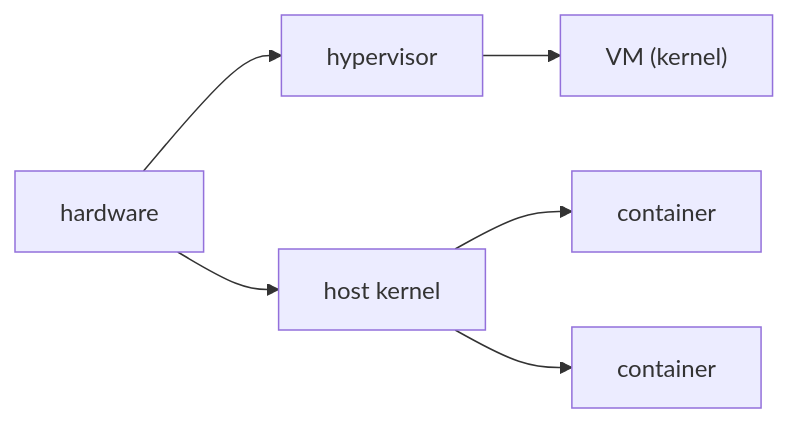
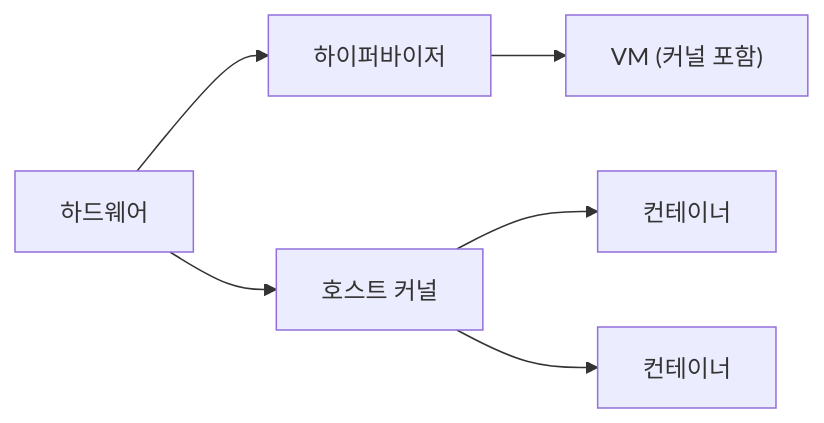
Before and after one commit to yeongseon-books/book-content: the diagram in content/containers-101/ko/09-container-vs-vm.md, drawn with Mermaid. The commit also changed other lines of this file and 4 other files, not shown here.

````diff
--- a/content/containers-101/ko/09-container-vs-vm.md
+++ b/content/containers-101/ko/09-container-vs-vm.md
@@ -33,8 +47,8 @@
 ```mermaid
 flowchart LR
-    HW["hardware"] --> Hyp["hypervisor"]
-    Hyp --> VM1["VM (kernel)"]
-    HW --> Host["host kernel"]
-    Host --> C1["container"]
-    Host --> C2["container"]
+    HW["하드웨어"] --> Hyp["하이퍼바이저"]
+    Hyp --> VM1["VM (커널 포함)"]
+    HW --> Host["호스트 커널"]
+    Host --> C1["컨테이너"]
+    Host --> C2["컨테이너"]
 ```
````
